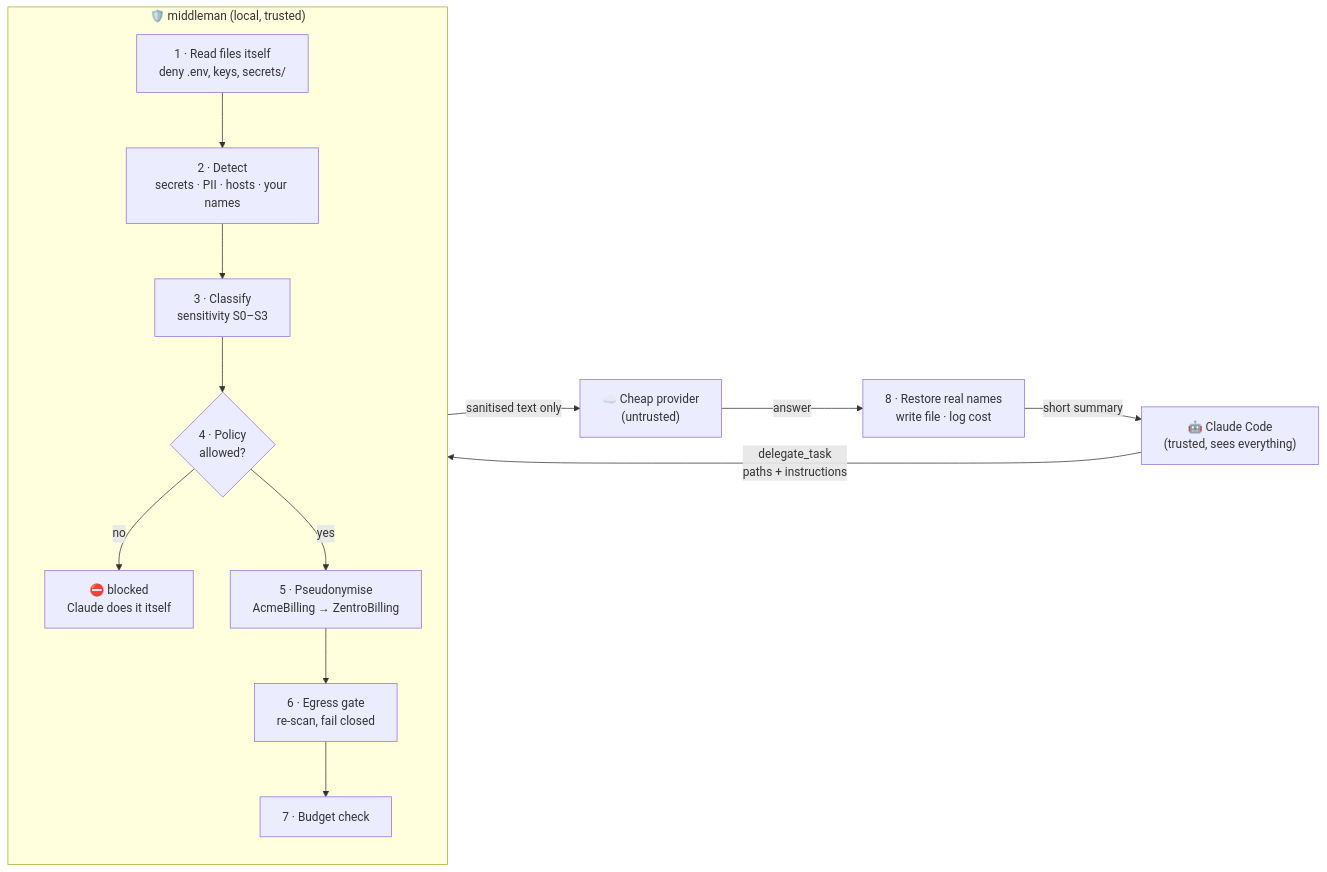
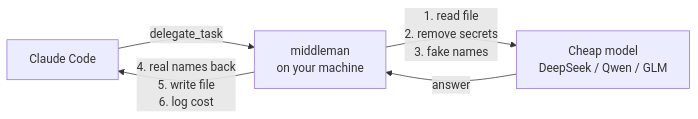
One commit to baturox/middleman changed the diagram in README.md. Above: the diagram before and after it, drawn with Mermaid. The commit also changed other lines of this file and 1 other file, not shown here.

Commit message:
README: clearer explanation, OpenRouter Chinese model examples; example config uses OpenRouter

````diff
--- a/README.md
+++ b/README.md
@@ -118,19 +59,7 @@
 ```mermaid
 flowchart LR
-    A["🤖 Claude Code<br/>(trusted, sees everything)"] -->|"delegate_task<br/>paths + instructions"| B
-
-    subgraph B["🛡️ middleman (local, trusted)"]
-        direction TB
-        B1["1 · Read files itself<br/>deny .env, keys, secrets/"] --> B2["2 · Detect<br/>secrets · PII · hosts · your names"]
-        B2 --> B3["3 · Classify<br/>sensitivity S0–S3"]
-        B3 --> B4{"4 · Policy<br/>allowed?"}
-        B4 -->|no| X["⛔ blocked<br/>Claude does it itself"]
-        B4 -->|yes| B5["5 · Pseudonymise<br/>AcmeBilling → ZentroBilling"]
-        B5 --> B6["6 · Egress gate<br/>re-scan, fail closed"]
-        B6 --> B7["7 · Budget check"]
-    end
-
-    B7 -->|"sanitised text only"| C["☁️ Cheap provider<br/>(untrusted)"]
-    C -->|"answer"| D["8 · Restore real names<br/>write file · log cost"]
-    D -->|"short summary"| A
+    A[Claude Code] -->|delegate_task| B[middleman<br/>on your machine]
+    B -->|1. read file<br/>2. remove secrets<br/>3. fake names| C[Cheap model<br/>DeepSeek / Qwen / GLM]
+    C -->|answer| B
+    B -->|4. real names back<br/>5. write file<br/>6. log cost| A
 ```
````
